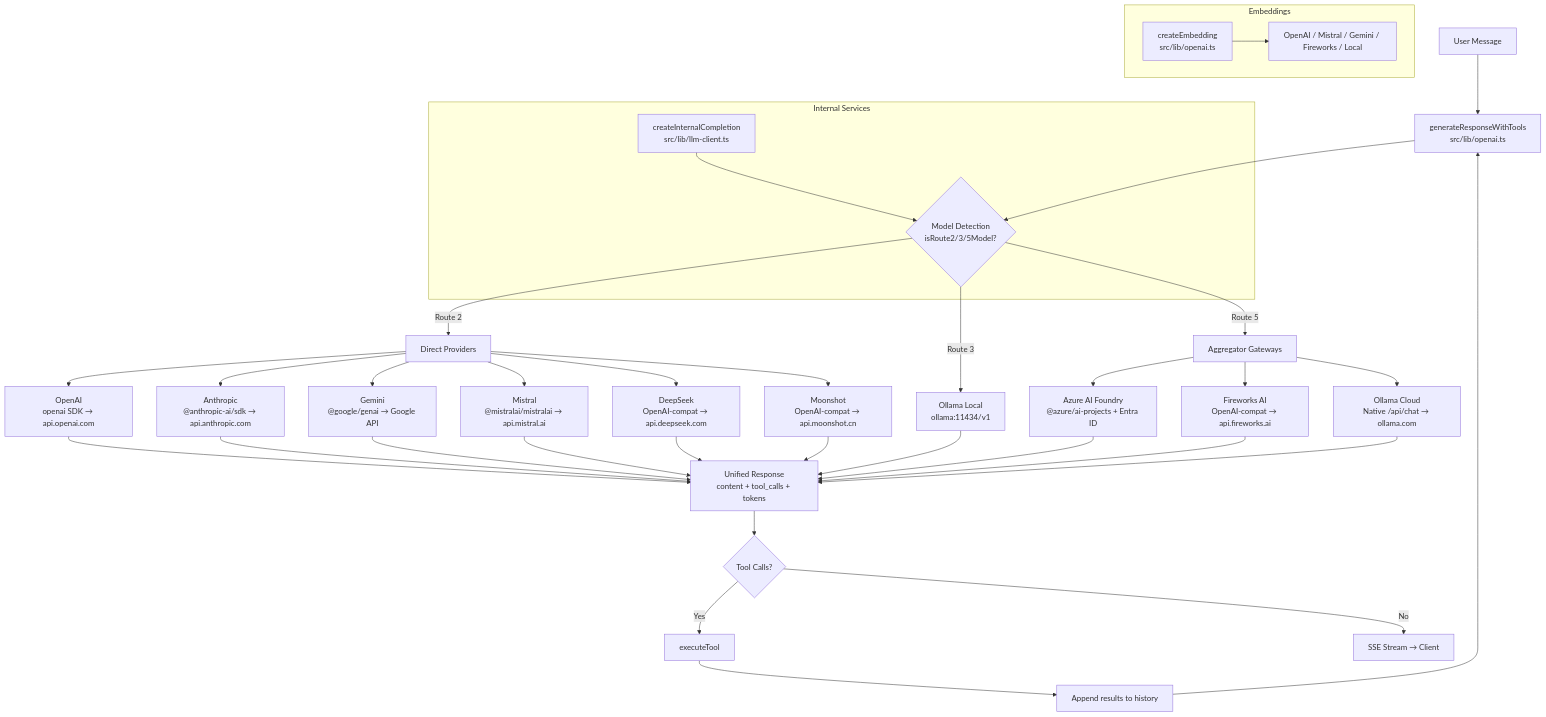
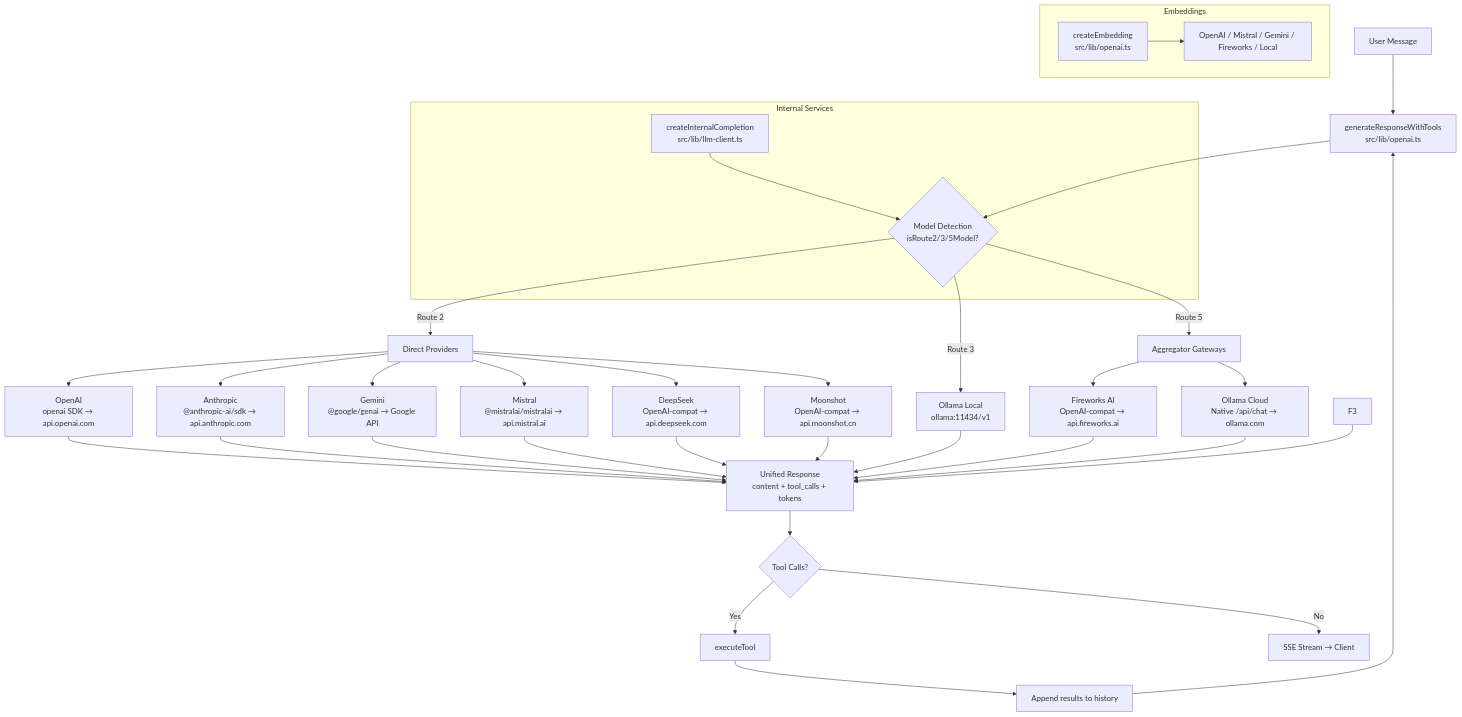
Before and after one commit to abhirupbanerjee/ai-assistant: the diagram in docs/features/LLM.md, drawn with Mermaid. The commit also changed other lines of this file and 42 other files, not shown here.

````diff
--- a/docs/features/LLM.md
+++ b/docs/features/LLM.md
@@ -238,47 +237,46 @@
 ```mermaid
 graph TD
     A["User Message"] --> B["generateResponseWithTools<br/>src/lib/openai.ts"]
     B --> C{"Model Detection<br/>isRoute2/3/5Model?"}
 
     C -->|"Route 2"| D["Direct Providers"]
     C -->|"Route 3"| E["Ollama Local<br/>ollama:11434/v1"]
     C -->|"Route 5"| F["Aggregator Gateways"]
 
     D --> D1["OpenAI<br/>openai SDK → api.openai.com"]
     D --> D2["Anthropic<br/>@anthropic-ai/sdk → api.anthropic.com"]
     D --> D3["Gemini<br/>@google/genai → Google API"]
     D --> D4["Mistral<br/>@mistralai/mistralai → api.mistral.ai"]
     D --> D5["DeepSeek<br/>OpenAI-compat → api.deepseek.com"]
     D --> D6["Moonshot<br/>OpenAI-compat → api.moonshot.cn"]
 
-    F --> F1["Azure AI Foundry<br/>@azure/ai-projects + Entra ID"]
-    F --> F2["Fireworks AI<br/>OpenAI-compat → api.fireworks.ai"]
-    F --> F3["Ollama Cloud<br/>Native /api/chat → ollama.com"]
+    F --> F1["Fireworks AI<br/>OpenAI-compat → api.fireworks.ai"]
+    F --> F2["Ollama Cloud<br/>Native /api/chat → ollama.com"]
 
     D1 --> G["Unified Response<br/>content + tool_calls + tokens"]
     D2 --> G
     D3 --> G
     D4 --> G
     D5 --> G
     D6 --> G
     E --> G
     F1 --> G
     F2 --> G
     F3 --> G
 
     G --> H{"Tool Calls?"}
     H -->|"Yes"| I["executeTool"]
     I --> J["Append results to history"]
     J --> B
     H -->|"No"| K["SSE Stream → Client"]
 
     subgraph "Internal Services"
         L["createInternalCompletion<br/>src/lib/llm-client.ts"]
         L --> C
     end
 
     subgraph "Embeddings"
         M["createEmbedding<br/>src/lib/openai.ts"]
         M --> N["OpenAI / Mistral / Gemini / Fireworks / Local"]
     end
 ```
````
